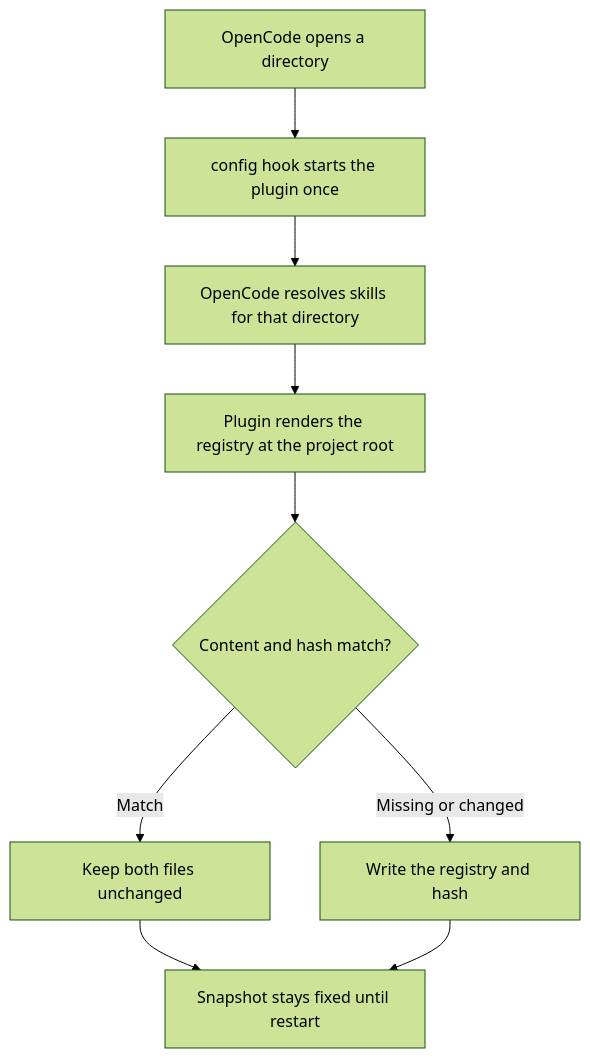
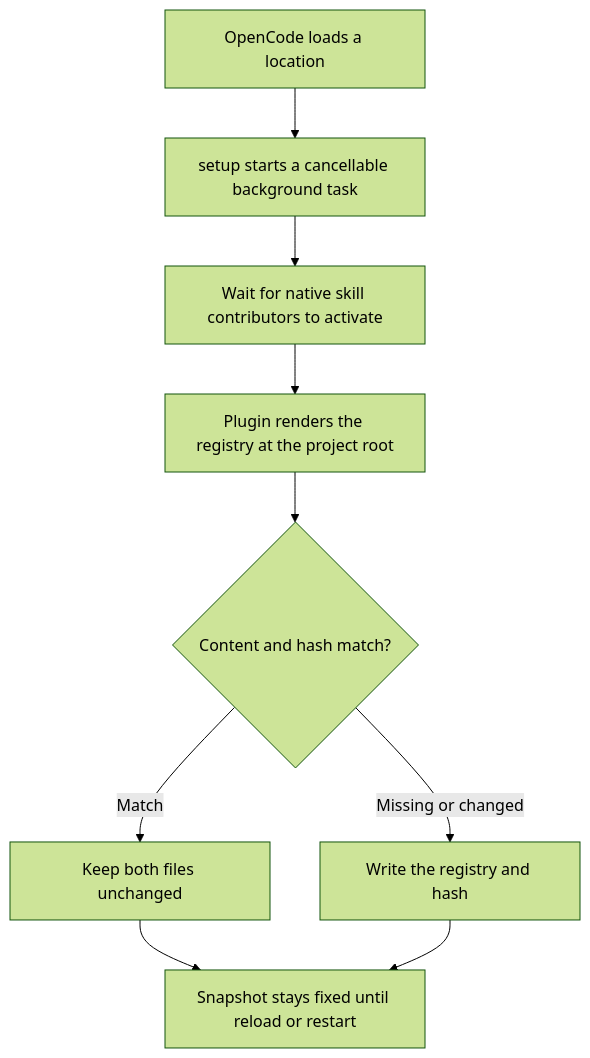
One commit to andresnator/opencode-skill-registry changed the diagram in README.md. Above: the diagram before and after it, drawn with Mermaid (forest theme). The commit also changed other lines of this file and 19 other files, not shown here.

First line of the commit message:
feat(plugin)!: migrate to OpenCode 2.0.28

````diff
--- a/README.md
+++ b/README.md
@@ -50,11 +67,11 @@
 ```mermaid
 flowchart TD
-    A[OpenCode opens a directory] --> B[config hook starts the plugin once]
-    B --> C[OpenCode resolves skills for that directory]
+    A[OpenCode loads a location] --> B[setup starts a cancellable background task]
+    B --> C[Wait for native skill contributors to activate]
     C --> D[Plugin renders the registry at the project root]
     D --> E{Content and hash match?}
     E -- Match --> F[Keep both files unchanged]
     E -- Missing or changed --> G[Write the registry and hash]
-    F --> H[Snapshot stays fixed until restart]
+    F --> H[Snapshot stays fixed until reload or restart]
     G --> H
 ```
````
